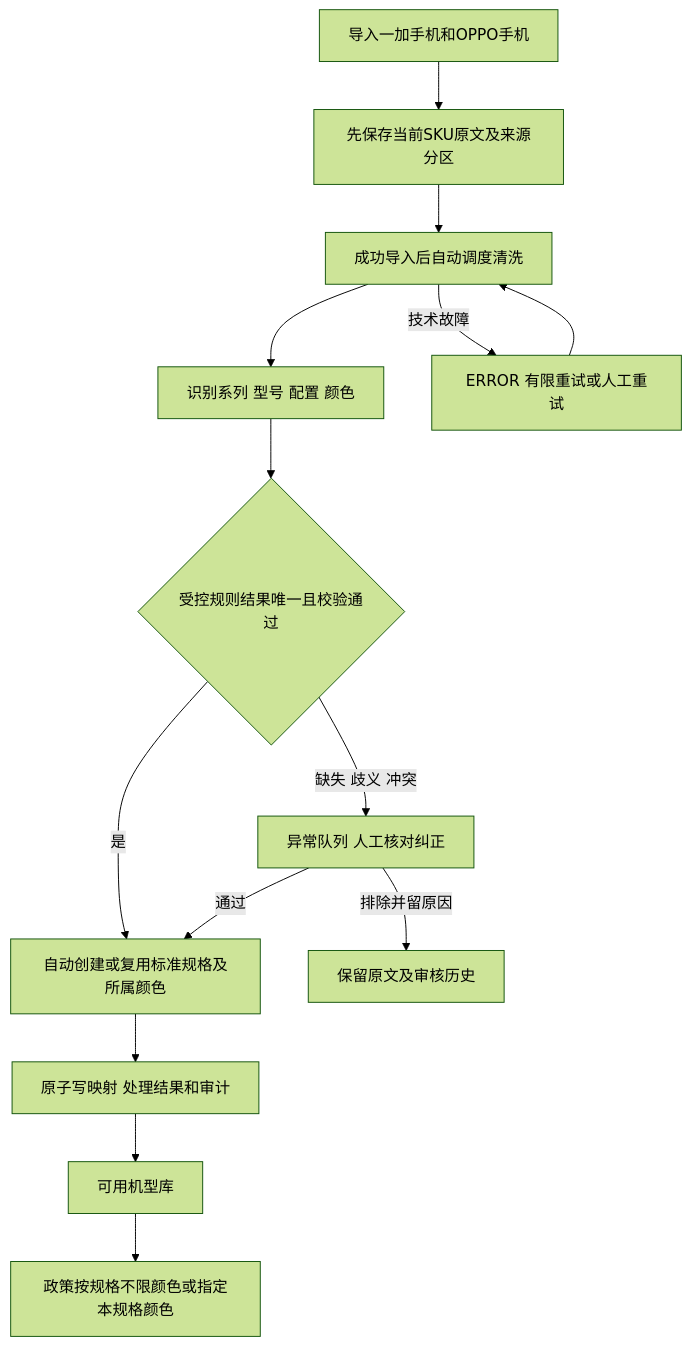
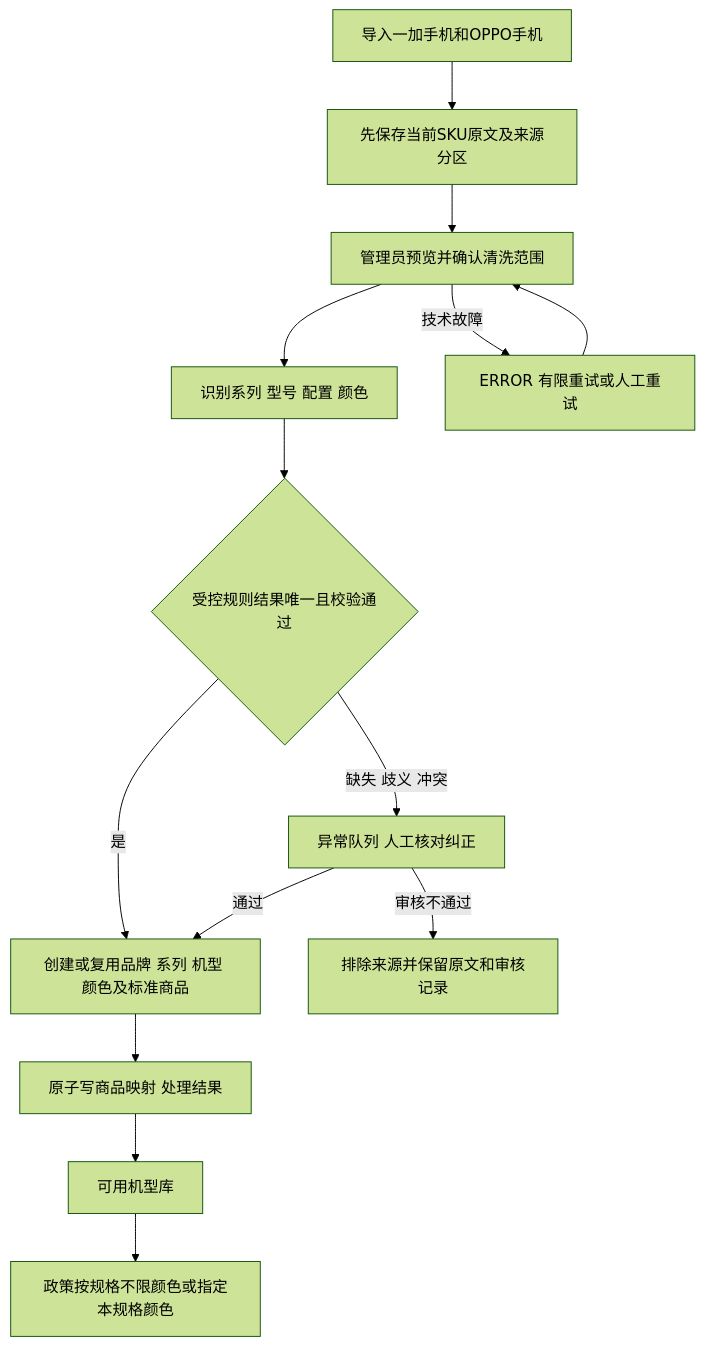
One commit to szhi1488/differentiated-policy changed the diagram in docs/business/catalog-cleaning.md. Above: the diagram before and after it, drawn with Mermaid (forest theme). The commit also changed other lines of this file and 66 other files, not shown here.

````diff
--- a/docs/business/catalog-cleaning.md
+++ b/docs/business/catalog-cleaning.md
@@ -7,16 +7,16 @@
 ```mermaid
 flowchart TD
     I[导入一加手机和OPPO手机] --> R[先保存当前SKU原文及来源分区]
-    R --> Q[成功导入后自动调度清洗]
+    R --> Q[管理员预览并确认清洗范围]
     Q --> C[识别系列 型号 配置 颜色]
     C --> V{受控规则结果唯一且校验通过}
-    V -->|是| A[自动创建或复用标准规格及所属颜色]
+    V -->|是| A[创建或复用品牌 系列 机型 颜色及标准商品]
     V -->|缺失 歧义 冲突| H[异常队列 人工核对纠正]
     H -->|通过| A
-    H -->|排除并留原因| E[保留原文及审核历史]
-    A --> M[原子写映射 处理结果和审计]
+    H -->|审核不通过| E[排除来源并保留原文和审核记录]
+    A --> M[原子写商品映射 处理结果]
     M --> P[可用机型库]
     P --> F[政策按规格不限颜色或指定本规格颜色]
     Q -->|技术故障| T[ERROR 有限重试或人工重试]
     T --> Q
 ```
````
